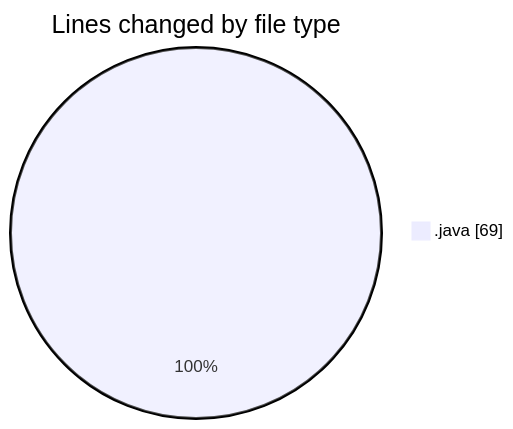
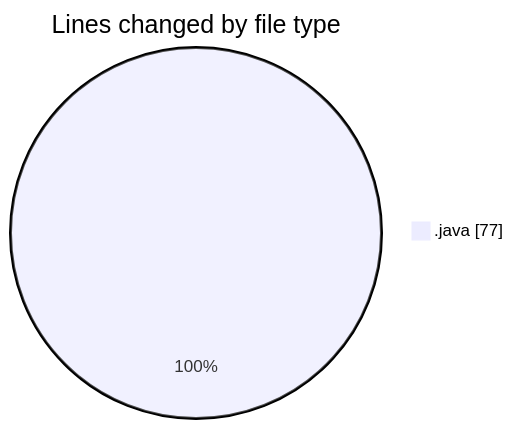
The first of 2 diagrams in 2025-02-07/coding_prac_2/README.md (NitaiMahat/code-tracking), drawn with Mermaid before and after one commit. The commit also changed other lines of this file and 1 other file, not shown here.

````diff
--- a/2025-02-07/coding_prac_2/README.md
+++ b/2025-02-07/coding_prac_2/README.md
@@ -23,5 +23,5 @@
 ```mermaid
 pie showData
 title Lines changed by file type
-".java" : 69
+".java" : 77
 ```
````
